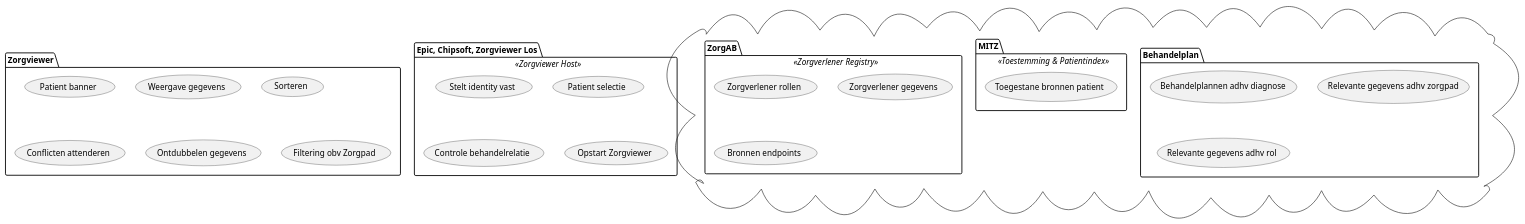
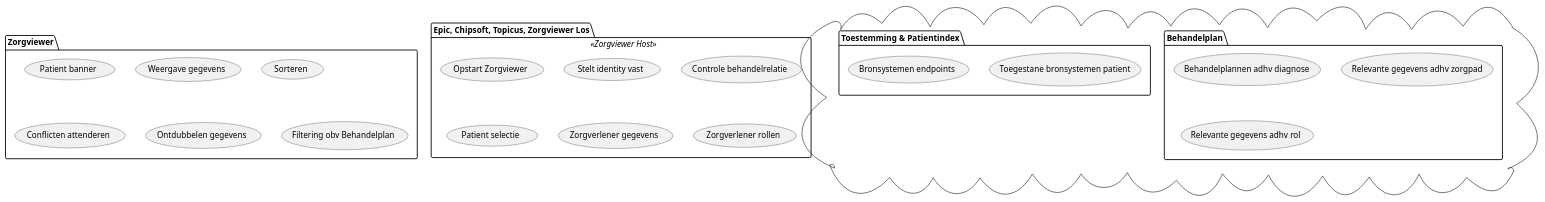
One commit to RIVO-Noord/zorgviewer-ig changed the diagram in input/images-source/Functionaliteiten.plantuml. Above: the diagram before and after it, drawn with PlantUML. The commit also changed 1 other file, not shown here.

```diff
--- a/input/images-source/Functionaliteiten.plantuml
+++ b/input/images-source/Functionaliteiten.plantuml
@@ -1,37 +1,35 @@
 @startuml
 
 'left to right direction
 
 package "Zorgviewer" {
  (Patient banner)
  (Weergave gegevens)
  (Sorteren)
  (Conflicten attenderen)
  (Ontdubbelen gegevens)
- (Filtering obv Zorgpad)
+ (Filtering obv Behandelplan)
 }
 
-package "Epic, Chipsoft, Zorgviewer Los" <<Zorgviewer Host>> {
+package "Epic, Chipsoft, Topicus, Zorgviewer Los" <<Zorgviewer Host>> {
+ (Opstart Zorgviewer)
  (Stelt identity vast)
+ (Controle behandelrelatie)
  (Patient selectie)
- (Controle behandelrelatie)
- (Opstart Zorgviewer)
+ (Zorgverlener gegevens)
+ (Zorgverlener rollen)
 }
 
 cloud {
- package [Behandelplan] {
+ package "Behandelplan" {
   (Behandelplannen adhv diagnose)
   (Relevante gegevens adhv zorgpad)
   (Relevante gegevens adhv rol)
  }
- package [MITZ] <<Toestemming & Patientindex>> {
-  (Toegestane bronnen patient)
- }
- package [ZorgAB] <<Zorgverlener Registry>> {
-  (Zorgverlener rollen)
-  (Zorgverlener gegevens)
-  (Bronnen endpoints)
+ package "Toestemming & Patientindex" {
+  (Toegestane bronsystemen patient)
+  (Bronsystemen endpoints)
  }
 }
 
 @enduml
```
